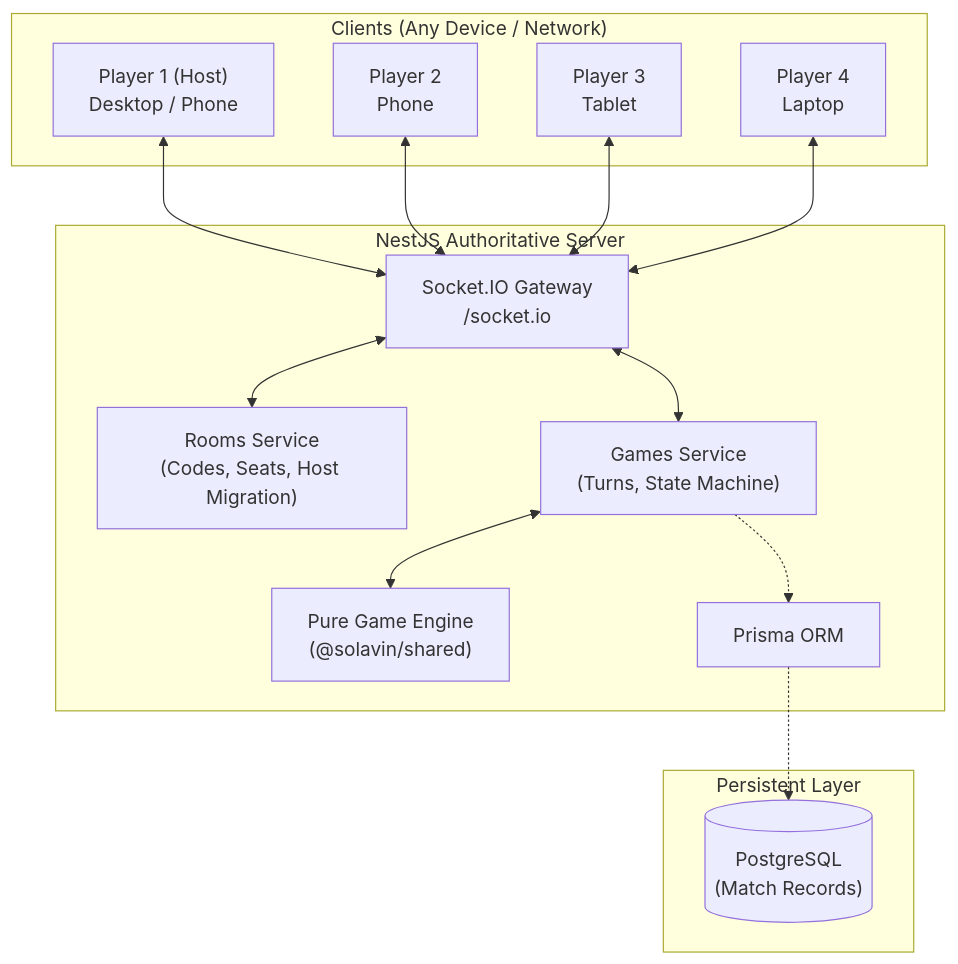
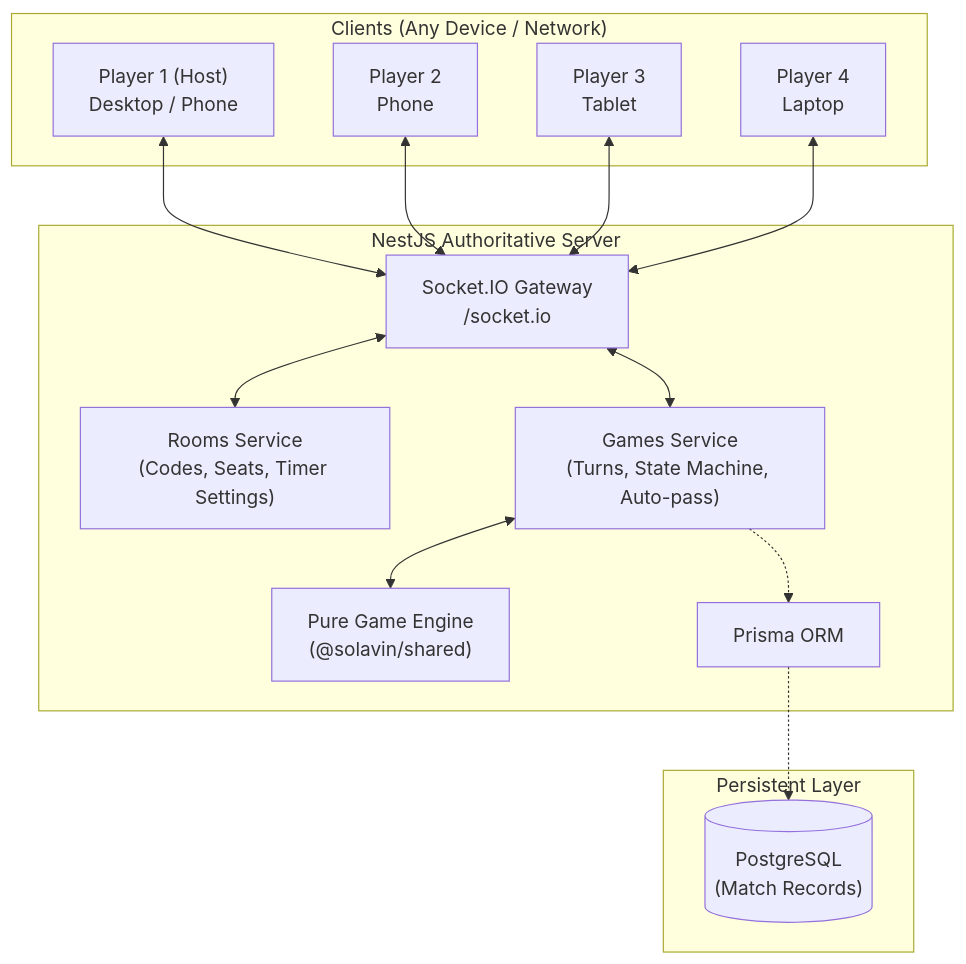
One commit to avnishahlawat/solavin changed the second of 2 diagrams in README.md. Above: the diagram before and after it, drawn with Mermaid. The commit also changed other lines of this file and 14 other files, not shown here.

````diff
--- a/README.md
+++ b/README.md
@@ -45,32 +57,32 @@
 ```mermaid
 graph TB
     subgraph Clients["Clients (Any Device / Network)"]
         P1["Player 1 (Host)\nDesktop / Phone"]
         P2["Player 2\nPhone"]
         P3["Player 3\nTablet"]
         P4["Player 4\nLaptop"]
     end
 
     subgraph Server["NestJS Authoritative Server"]
         Gateway["Socket.IO Gateway\n/socket.io"]
-        RoomsSvc["Rooms Service\n(Codes, Seats, Host Migration)"]
-        GamesSvc["Games Service\n(Turns, State Machine)"]
+        RoomsSvc["Rooms Service\n(Codes, Seats, Timer Settings)"]
+        GamesSvc["Games Service\n(Turns, State Machine, Auto-pass)"]
         Engine["Pure Game Engine\n(@solavin/shared)"]
         Prisma["Prisma ORM"]
     end
 
     subgraph Storage["Persistent Layer"]
         PG[("PostgreSQL\n(Match Records)")]
     end
 
     P1 <--> Gateway
     P2 <--> Gateway
     P3 <--> Gateway
     P4 <--> Gateway
 
     Gateway <--> RoomsSvc
     Gateway <--> GamesSvc
     GamesSvc <--> Engine
     GamesSvc -.-> Prisma
     Prisma -.-> PG
 ```
````
